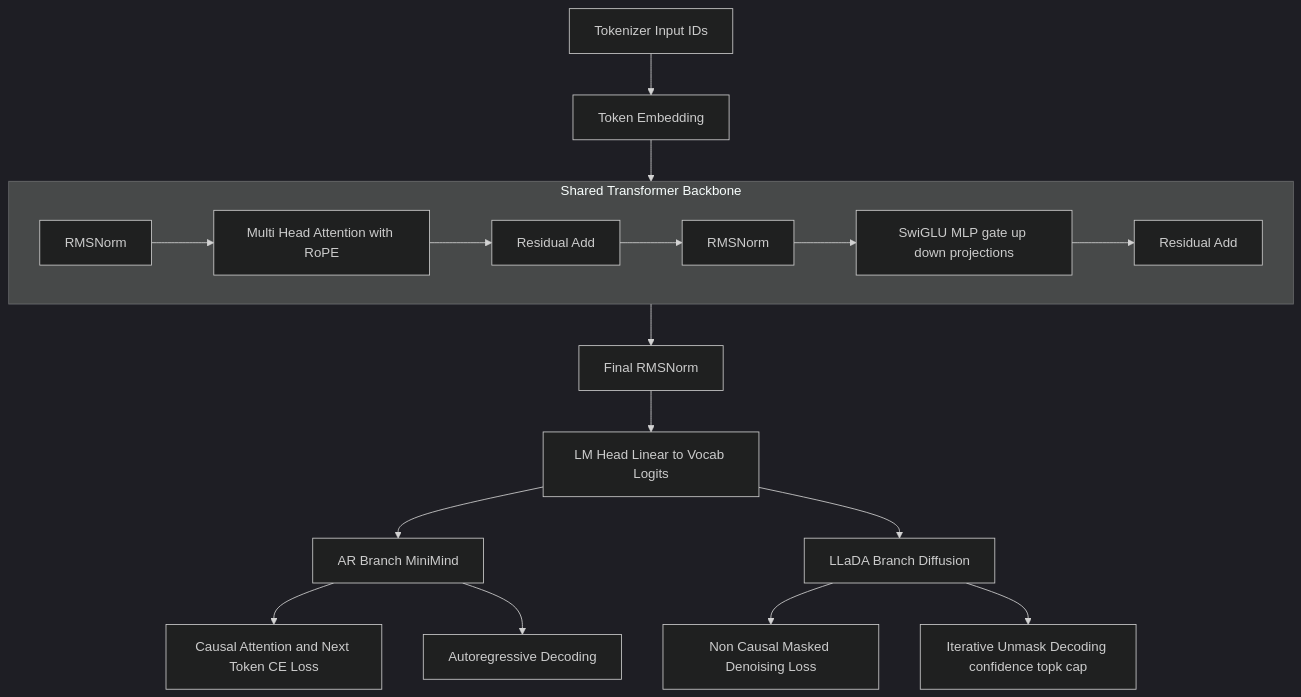
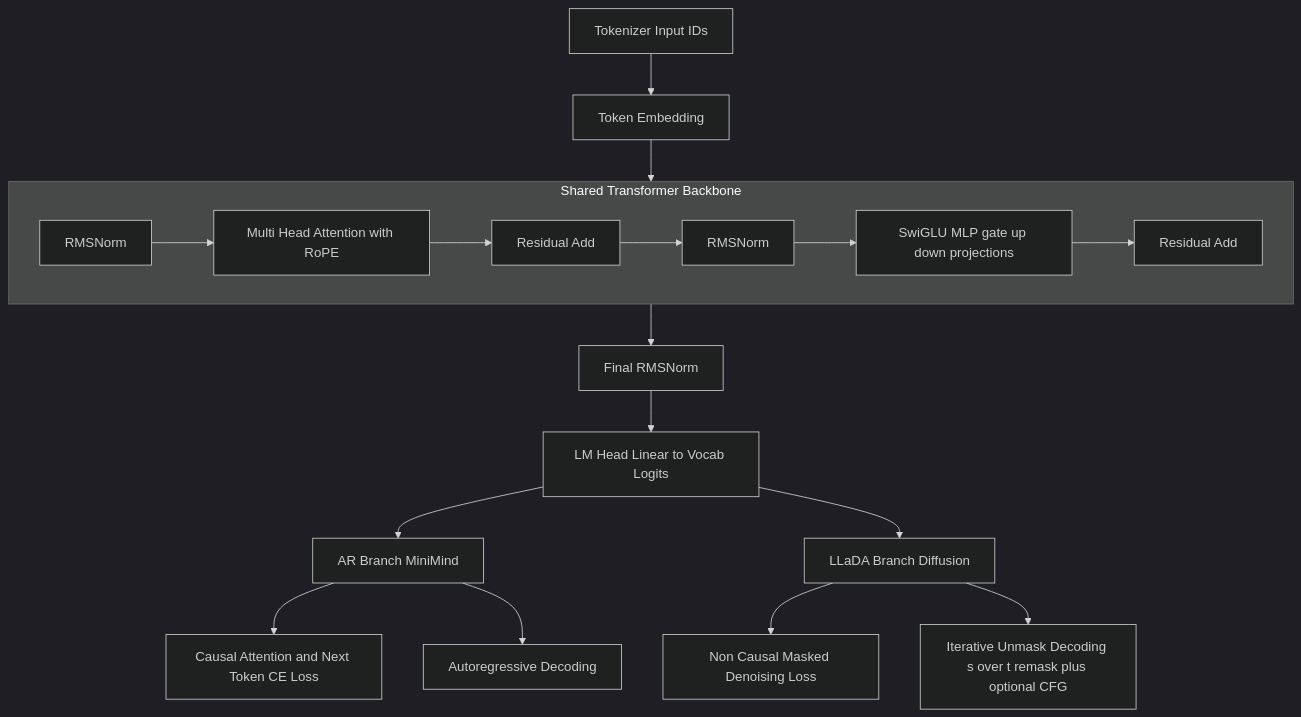
The diagram in README.md (JayCheng113/Nano-LLaDA), drawn with Mermaid (dark theme) before and after one commit. The commit also changed other lines of this file and 4 other files, not shown here.

````diff
--- a/README.md
+++ b/README.md
@@ -83,27 +84,27 @@
 ```mermaid
 flowchart TD
     A[Tokenizer Input IDs] --> B[Token Embedding]
     B --> C[N x Transformer Block]
 
     subgraph C [Shared Transformer Backbone]
       C1[RMSNorm]
       C2[Multi Head Attention with RoPE]
       C3[Residual Add]
       C4[RMSNorm]
       C5[SwiGLU MLP gate up down projections]
       C6[Residual Add]
       C1 --> C2 --> C3 --> C4 --> C5 --> C6
     end
 
     C --> D[Final RMSNorm]
     D --> E[LM Head Linear to Vocab Logits]
 
     E --> F1[AR Branch MiniMind]
     E --> F2[LLaDA Branch Diffusion]
 
     F1 --> G1[Causal Attention and Next Token CE Loss]
     F1 --> H1[Autoregressive Decoding]
 
     F2 --> G2[Non Causal Masked Denoising Loss]
-    F2 --> H2[Iterative Unmask Decoding confidence topk cap]
+    F2 --> H2[Iterative Unmask Decoding s over t remask plus optional CFG]
 ```
````
